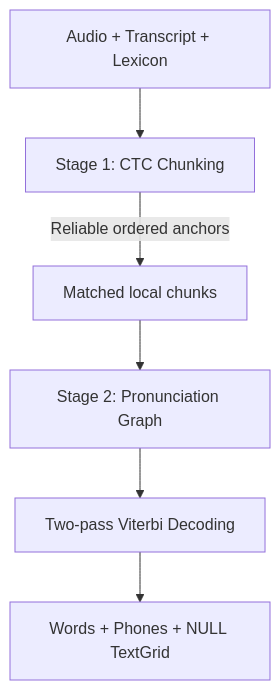
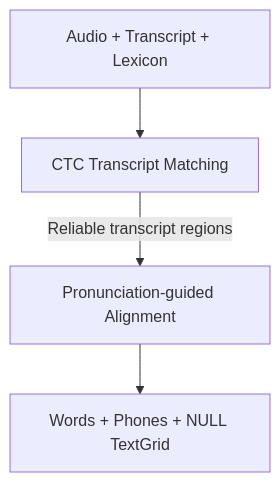
The diagram in README.md (USTCPhonetics/FlexAligner), drawn with Mermaid before and after one commit. The commit also changed other lines of this file, not shown here.

````diff
--- a/README.md
+++ b/README.md
@@ -209,8 +206,6 @@
 ```mermaid
 graph TD
-    Input[Audio + Transcript + Lexicon] --> B[Stage 1: CTC Chunking]
-    B -->|Reliable ordered anchors| C[Matched local chunks]
-    C --> D[Stage 2: Pronunciation Graph]
-    D --> E[Two-pass Viterbi Decoding]
-    E --> F[Words + Phones + NULL TextGrid]
+    Input[Audio + Transcript + Lexicon] --> B[CTC Transcript Matching]
+    B -->|Reliable transcript regions| C[Pronunciation-guided Alignment]
+    C --> D[Words + Phones + NULL TextGrid]
 ```
````
